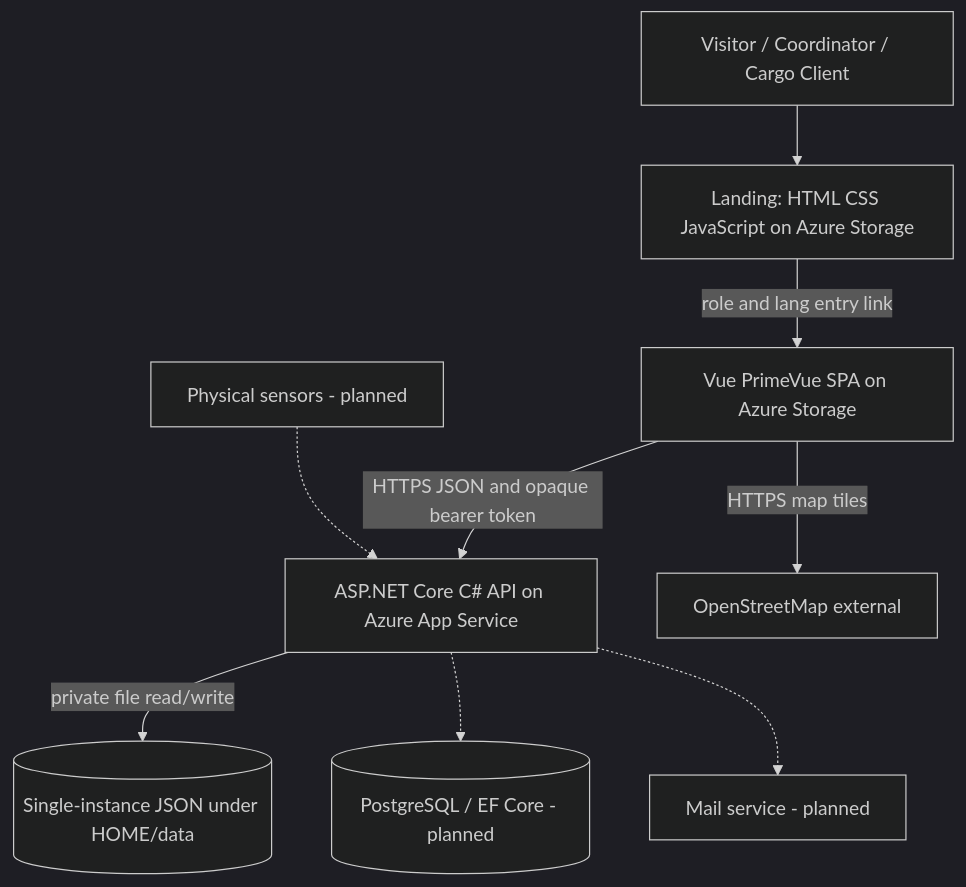
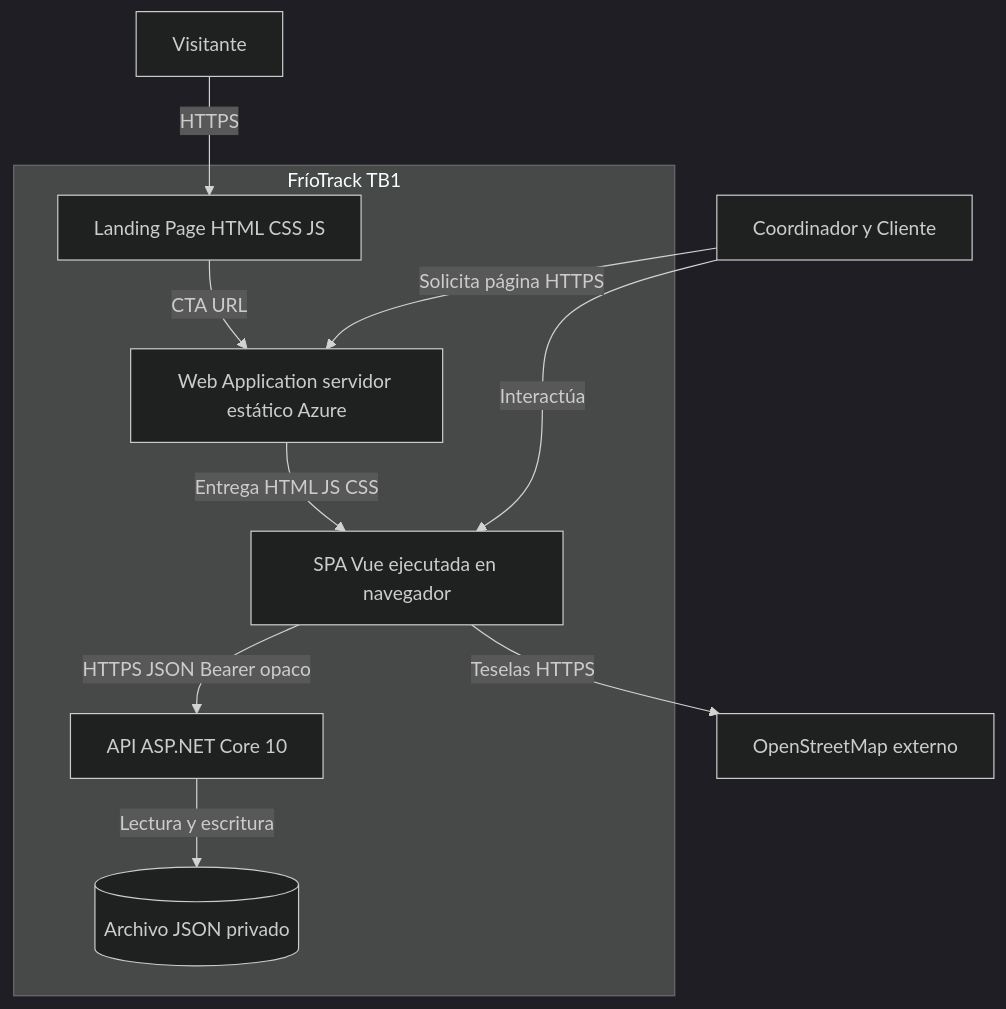
The diagram in assets/architecture/containers.mmd (upc-pre-202620-1asi0730-8088-FrioTrackk/report-friotrack), drawn with Mermaid (dark theme) before and after one commit. The commit also changed 15 other files, not shown here.

First line of the commit message:
docs(architecture): separate C4 containers and define DDD aggregate boundaries

```diff
--- a/assets/architecture/containers.mmd
+++ b/assets/architecture/containers.mmd
@@ -1,9 +1,12 @@
 flowchart TB
-  Visitor[Visitor / Coordinator / Cargo Client] --> Landing[Landing: HTML CSS JavaScript on Azure Storage]
-  Landing -->|role and lang entry link| SPA[Vue PrimeVue SPA on Azure Storage]
-  SPA -->|HTTPS JSON and opaque bearer token| API[ASP.NET Core C# API on Azure App Service]
-  SPA -->|HTTPS map tiles| OSM[OpenStreetMap external]
-  API -->|private file read/write| JSON[(Single-instance JSON under HOME/data)]
-  Sensors[Physical sensors - planned] -.-> API
-  API -.-> DB[(PostgreSQL / EF Core - planned)]
-  API -.-> Mail[Mail service - planned]
+  visitor[Visitante] -->|HTTPS| landing[Landing Page HTML CSS JS]
+  users[Coordinador y Cliente] -->|Solicita página HTTPS| web[Web Application servidor estático Azure]
+  landing -->|CTA URL| web
+  subgraph system[FríoTrack TB1]
+    landing
+    web -->|Entrega HTML JS CSS| spa[SPA Vue ejecutada en navegador]
+    spa -->|HTTPS JSON Bearer opaco| api[API ASP.NET Core 10]
+    api -->|Lectura y escritura| store[(Archivo JSON privado)]
+  end
+  users -->|Interactúa| spa
+  spa -->|Teselas HTTPS| maps[OpenStreetMap externo]
```
